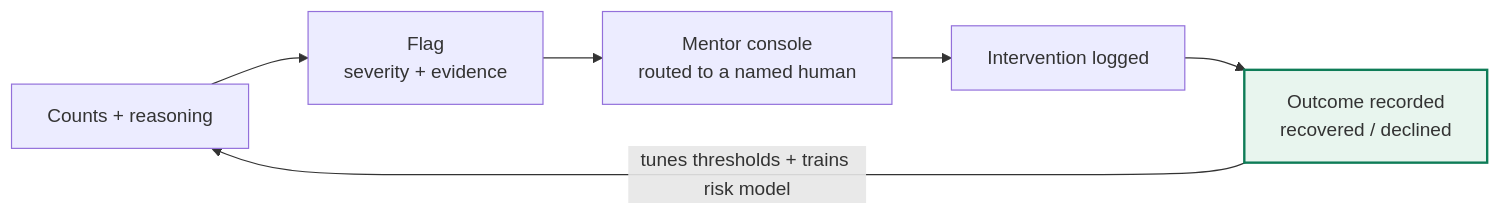
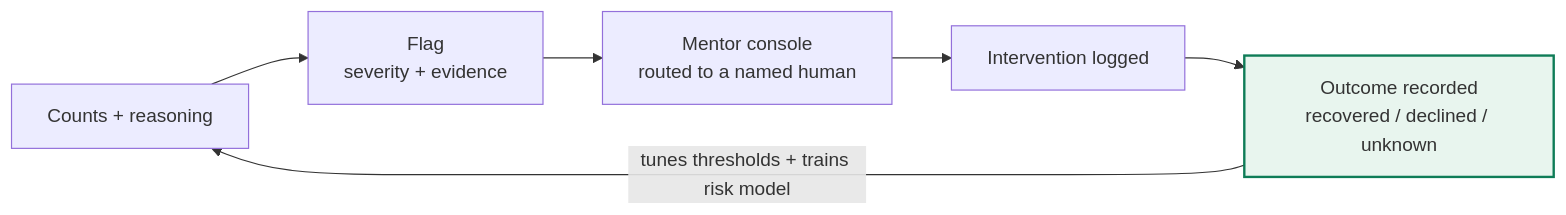
One commit to Anugrah619/Studeent-Ai changed the fifth of 5 diagrams in TECHNICAL_DOC.md. Above: the diagram before and after it, drawn with Mermaid. The commit also changed other lines of this file and 5 other files, not shown here.

````diff
--- a/TECHNICAL_DOC.md
+++ b/TECHNICAL_DOC.md
@@ -267,10 +405,10 @@
 ```mermaid
 graph LR
     A["Counts + reasoning"] --> B["Flag<br/>severity + evidence"]
     B --> C["Mentor console<br/>routed to a named human"]
     C --> D["Intervention logged"]
-    D --> E["Outcome recorded<br/>recovered / declined"]
+    D --> E["Outcome recorded<br/>recovered / declined / unknown"]
     E -->|tunes thresholds + trains risk model| A
 
     style E fill:#e8f5ee,stroke:#0E7C57,stroke-width:2px
 ```
````
